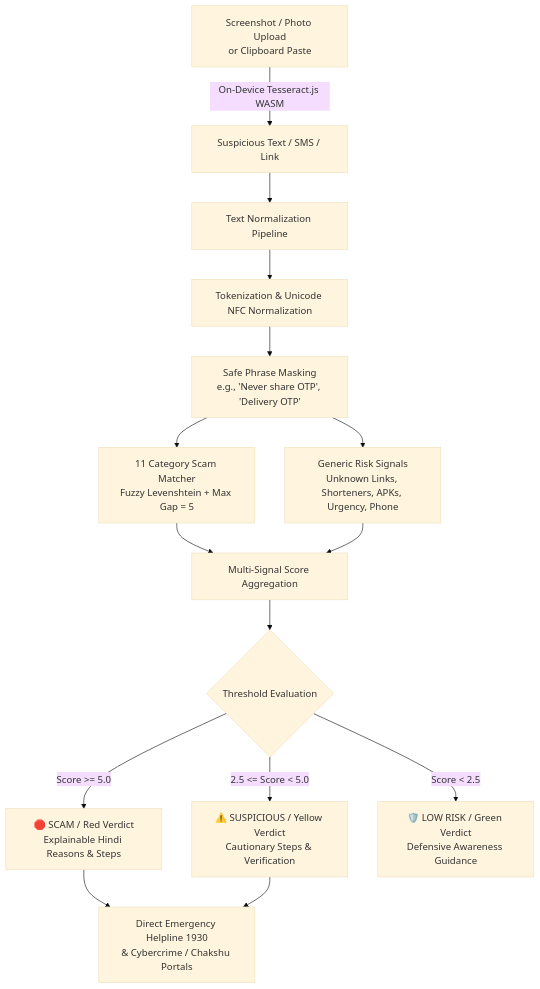
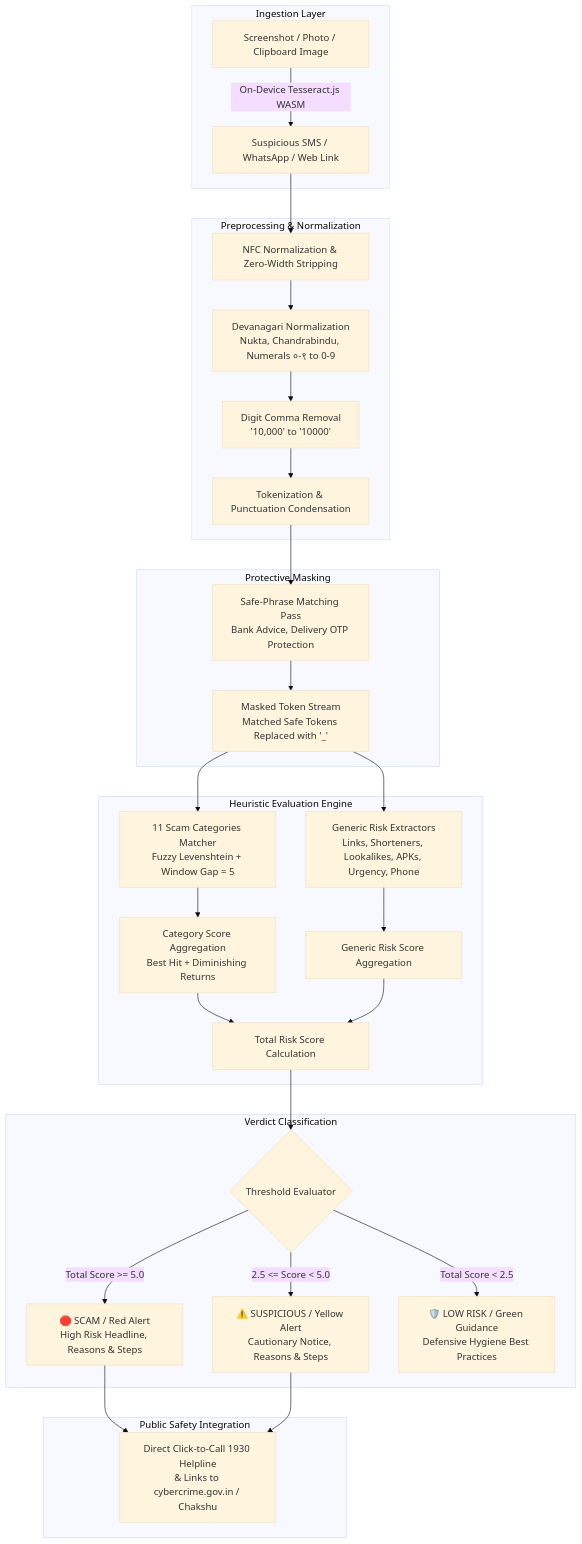
The diagram in ARCHITECTURE.md (Ayushman1109/Scam-Saathi), drawn with Mermaid (base theme) before and after one commit. The commit also changed other lines of this file and 1 other file, not shown here.

Commit message:
docs: finalize professional submission-ready README and ARCHITECTURE for MyGov & IIT Bombay

````diff
--- a/ARCHITECTURE.md
+++ b/ARCHITECTURE.md
@@ -13,17 +30,40 @@
 ```mermaid
 flowchart TD
-    A1[Suspicious Text / SMS / Link] --> B[Text Normalization Pipeline]
-    A2[Screenshot / Photo Upload\nor Clipboard Paste] -->|On-Device Tesseract.js WASM| A1
-    B --> C[Tokenization & Unicode NFC Normalization]
-    C --> D[Safe Phrase Masking\ne.g., 'Never share OTP', 'Delivery OTP']
-    D --> E[11 Category Scam Matcher\nFuzzy Levenshtein + Max Gap = 5]
-    D --> F[Generic Risk Signals\nUnknown Links, Shorteners, APKs, Urgency, Phone]
-    E --> G[Multi-Signal Score Aggregation]
-    F --> G
-    G --> H{Threshold Evaluation}
-    H -->|Score >= 5.0| I[🛑 SCAM / Red Verdict\nExplainable Hindi Reasons & Steps]
-    H -->|2.5 <= Score < 5.0| J[⚠️ SUSPICIOUS / Yellow Verdict\nCautionary Steps & Verification]
-    H -->|Score < 2.5| K[🛡️ LOW RISK / Green Verdict\nDefensive Awareness Guidance]
-    I --> L[Direct Emergency Helpline 1930\n& Cybercrime / Chakshu Portals]
-    J --> L
+    subgraph Ingestion Layer
+        A1[Suspicious SMS / WhatsApp / Web Link]
+        A2[Screenshot / Photo / Clipboard Image] -->|On-Device Tesseract.js WASM| A1
+    end
+
+    subgraph Preprocessing & Normalization
+        A1 --> B1[NFC Normalization & Zero-Width Stripping]
+        B1 --> B2[Devanagari Normalization\nNukta, Chandrabindu, Numerals ०-९ to 0-9]
+        B2 --> B3[Digit Comma Removal\n'10,000' to '10000']
+        B3 --> B4[Tokenization & Punctuation Condensation]
+    end
+
+    subgraph Protective Masking
+        B4 --> C1[Safe-Phrase Matching Pass\nBank Advice, Delivery OTP Protection]
+        C1 --> C2[Masked Token Stream\nMatched Safe Tokens Replaced with '_']
+    end
+
+    subgraph Heuristic Evaluation Engine
+        C2 --> D1[11 Scam Categories Matcher\nFuzzy Levenshtein + Window Gap = 5]
+        C2 --> D2[Generic Risk Extractors\nLinks, Shorteners, Lookalikes, APKs, Urgency, Phone]
+        D1 --> E1[Category Score Aggregation\nBest Hit + Diminishing Returns]
+        D2 --> E2[Generic Risk Score Aggregation]
+        E1 --> F[Total Risk Score Calculation]
+        E2 --> F
+    end
+
+    subgraph Verdict Classification
+        F --> G{Threshold Evaluator}
+        G -->|Total Score >= 5.0| H1[🛑 SCAM / Red Alert\nHigh Risk Headline, Reasons & Steps]
+        G -->|2.5 <= Score < 5.0| H2[⚠️ SUSPICIOUS / Yellow Alert\nCautionary Notice, Reasons & Steps]
+        G -->|Total Score < 2.5| H3[🛡️ LOW RISK / Green Guidance\nDefensive Hygiene Best Practices]
+    end
+
+    subgraph Public Safety Integration
+        H1 --> I[Direct Click-to-Call 1930 Helpline\n& Links to cybercrime.gov.in / Chakshu]
+        H2 --> I
+    end
 ```
````
